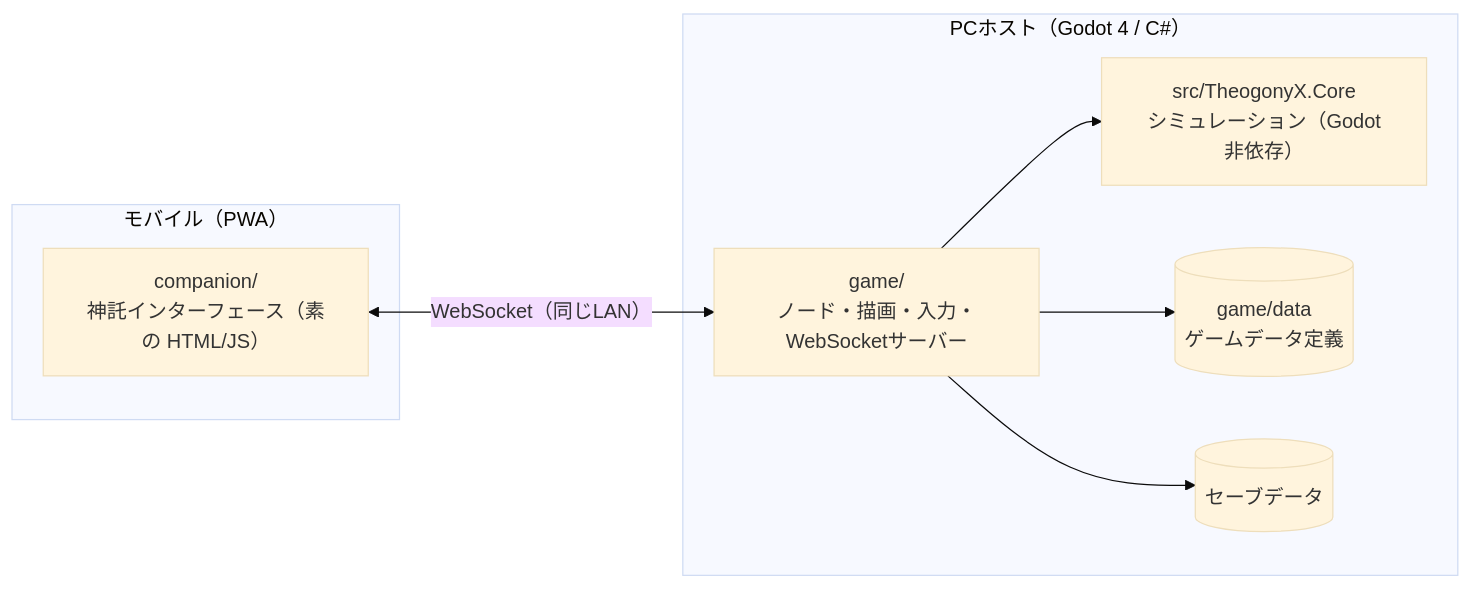
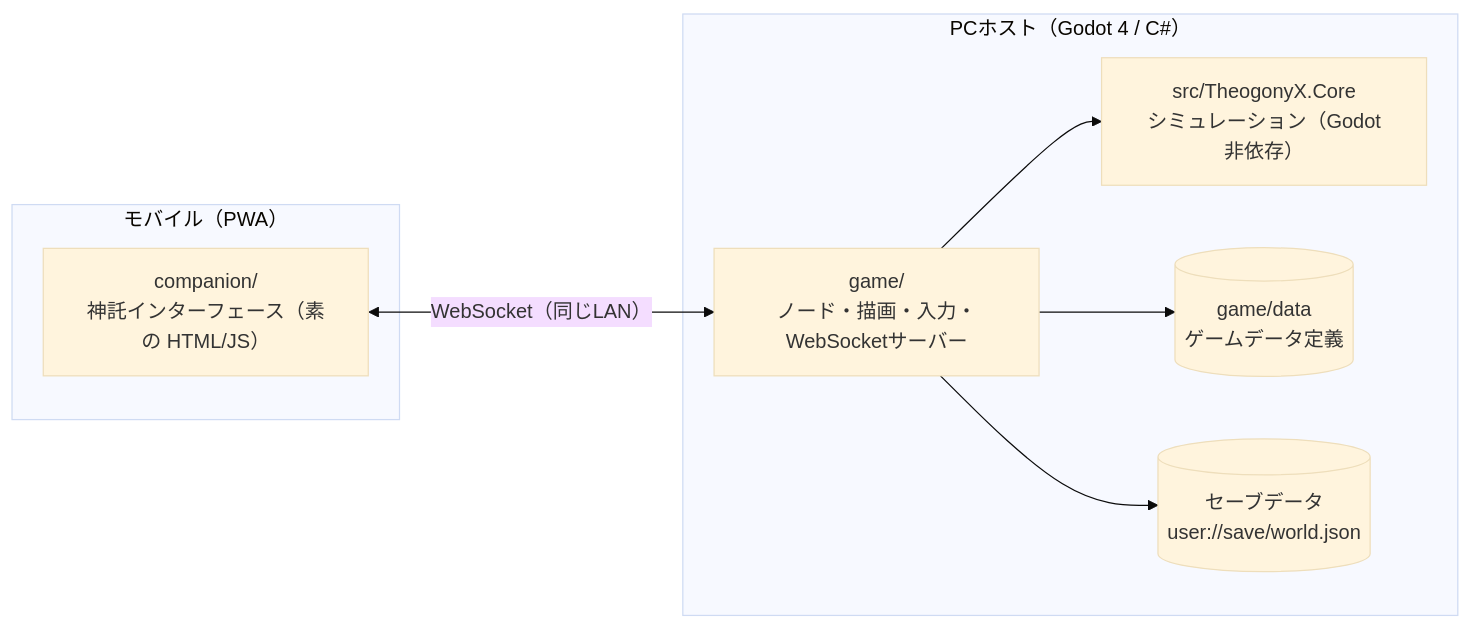
One commit to Vouivret/TheogonyX changed the first of 2 diagrams in docs/architecture.md. Above: the diagram before and after it, drawn with Mermaid (base theme). The commit also changed other lines of this file and 24 other files, not shown here.

````diff
--- a/docs/architecture.md
+++ b/docs/architecture.md
@@ -9,16 +9,16 @@
 ```mermaid
 flowchart LR
     subgraph PC["PCホスト（Godot 4 / C#）"]
         Game["game/<br>ノード・描画・入力・WebSocketサーバー"]
         Core["src/TheogonyX.Core<br>シミュレーション（Godot非依存）"]
         Data[("game/data<br>ゲームデータ定義")]
-        Save[("セーブデータ")]
+        Save[("セーブデータ<br>user://save/world.json")]
         Game --> Core
         Game --> Data
         Game --> Save
     end
     subgraph Mobile["モバイル（PWA）"]
         Companion["companion/<br>神託インターフェース（素の HTML/JS）"]
     end
     Companion <-- "WebSocket（同じLAN）" --> Game
 ```
````
